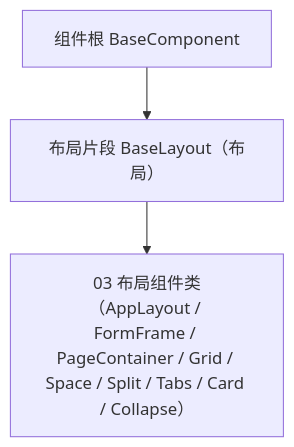
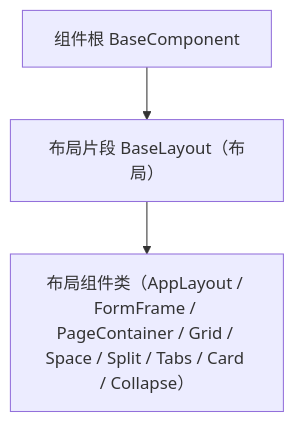
The diagram in bms文档/设计/组件设计/02_基础组件类/02_能力片段/07_组件设计_布局片段/07_组件设计_布局片段.md (minjian123/basic-management-system), drawn with Mermaid before and after one commit. The commit also changed other lines of this file and 91 other files, not shown here.

Commit message:
docs(组件库): 组件设计正文编号引用清理（改为名称定位，保留目录与路线图编号）

````diff
--- a/bms文档/设计/组件设计/02_基础组件类/02_能力片段/07_组件设计_布局片段/07_组件设计_布局片段.md
+++ b/bms文档/设计/组件设计/02_基础组件类/02_能力片段/07_组件设计_布局片段/07_组件设计_布局片段.md
@@ -15,5 +15,5 @@
 ```mermaid
 flowchart TD
     COMP["组件根 BaseComponent"] --> LAY["布局片段 BaseLayout（布局）"]
-    LAY --> L["03 布局组件类（AppLayout / FormFrame / PageContainer / Grid / Space / Split / Tabs / Card / Collapse）"]
+    LAY --> L["布局组件类（AppLayout / FormFrame / PageContainer / Grid / Space / Split / Tabs / Card / Collapse）"]
 ```
````
